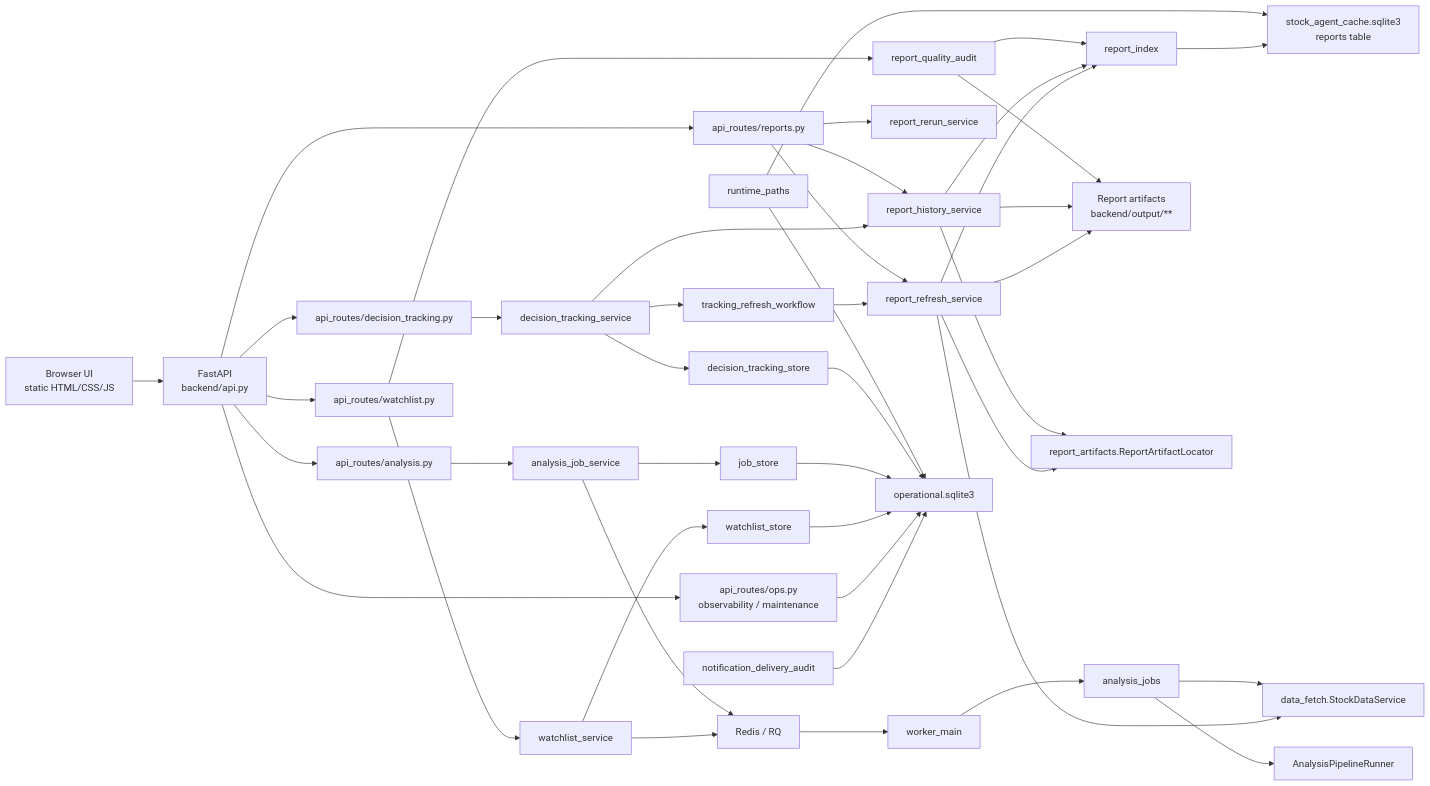
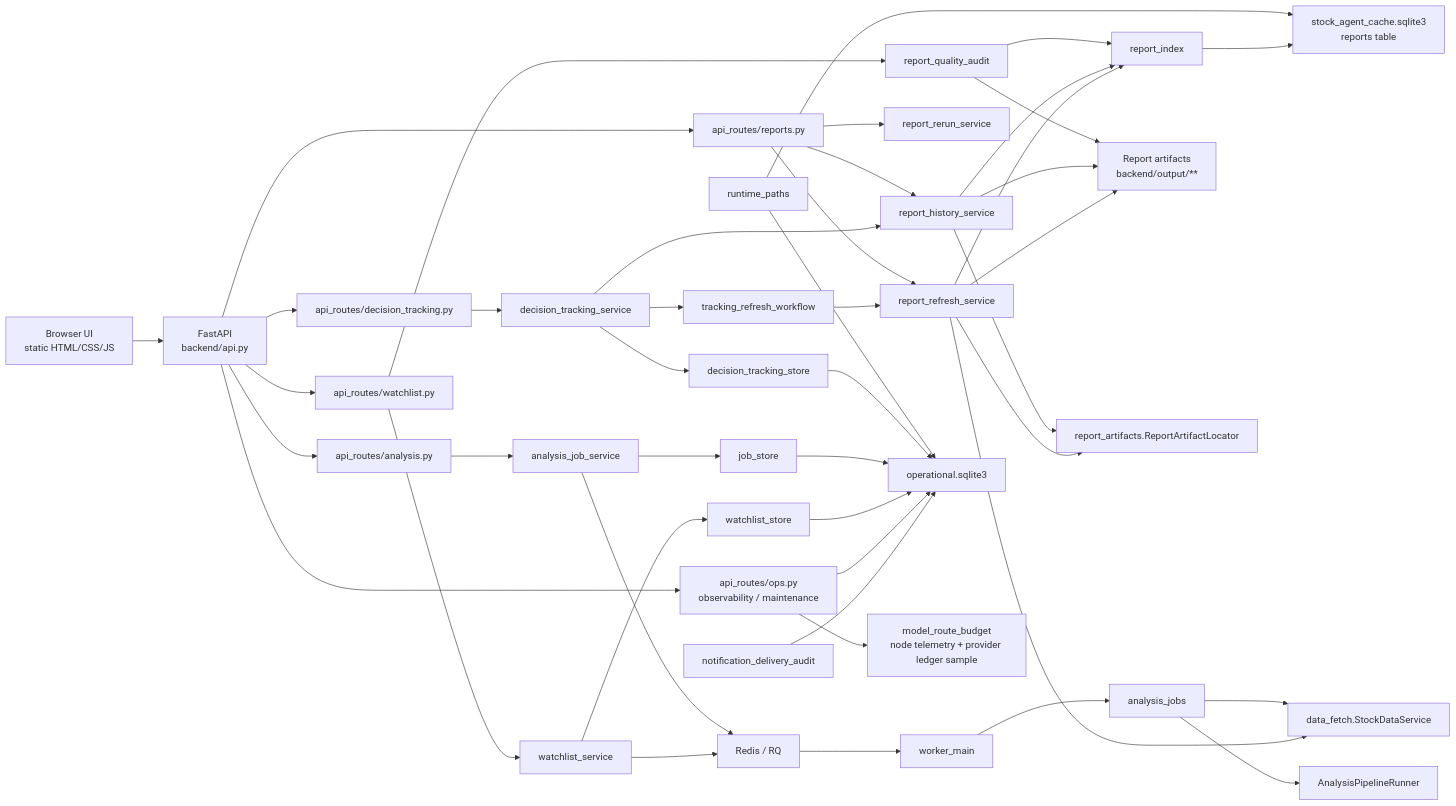
Before and after one commit to aibalbo999/unstuck: the second of 4 diagrams in docs/system-architecture-map.md, drawn with Mermaid. The commit also changed other lines of this file and 11 other files, not shown here.

Commit message:
Surface provider errors in route observability

````diff
--- a/docs/system-architecture-map.md
+++ b/docs/system-architecture-map.md
@@ -56,51 +56,52 @@
 ```mermaid
 flowchart LR
     UI["Browser UI<br/>static HTML/CSS/JS"] --> API["FastAPI<br/>backend/api.py"]
     API --> ReportsRoute["api_routes/reports.py"]
     API --> TrackingRoute["api_routes/decision_tracking.py"]
     API --> AnalysisRoute["api_routes/analysis.py"]
     API --> WatchlistRoute["api_routes/watchlist.py"]
     API --> OpsRoute["api_routes/ops.py<br/>observability / maintenance"]
 
     ReportsRoute --> ReportHistory["report_history_service"]
     ReportsRoute --> ReportRefresh["report_refresh_service"]
     ReportsRoute --> ReportRerun["report_rerun_service"]
 
     TrackingRoute --> TrackingService["decision_tracking_service"]
     TrackingService --> TrackingWorkflow["tracking_refresh_workflow"]
     TrackingService --> TrackingStore["decision_tracking_store"]
     TrackingService --> ReportHistory
     TrackingWorkflow --> ReportRefresh
 
     AnalysisRoute --> AnalysisJobSvc["analysis_job_service"]
     AnalysisJobSvc --> JobStore["job_store"]
     AnalysisJobSvc --> Queue["Redis / RQ"]
     Queue --> Worker["worker_main"]
     Worker --> AnalysisJobs["analysis_jobs"]
     AnalysisJobs --> DataFetch["data_fetch.StockDataService"]
     AnalysisJobs --> Runner["AnalysisPipelineRunner"]
 
     WatchlistRoute --> WatchlistSvc["watchlist_service"]
     WatchlistSvc --> WatchlistStore["watchlist_store"]
     WatchlistSvc --> Queue
     WatchlistRoute --> QualityAudit["report_quality_audit"]
     QualityAudit --> ReportIndex
     QualityAudit --> Artifacts
 
     ReportHistory --> ArtifactLocator["report_artifacts.ReportArtifactLocator"]
     ReportHistory --> ReportIndex["report_index"]
     ReportHistory --> Artifacts["Report artifacts<br/>backend/output/**"]
     ReportRefresh --> ArtifactLocator
     ReportRefresh --> DataFetch
     ReportRefresh --> ReportIndex
     ReportRefresh --> Artifacts
 
     RuntimePaths["runtime_paths"] --> CacheDB
     RuntimePaths --> OpDB
     ReportIndex --> CacheDB["stock_agent_cache.sqlite3<br/>reports table"]
     TrackingStore --> OpDB["operational.sqlite3"]
     JobStore --> OpDB
     WatchlistStore --> OpDB
     OpsRoute --> OpDB
+    OpsRoute --> RouteBudget["model_route_budget<br/>node telemetry + provider ledger sample"]
     NotificationAudit["notification_delivery_audit"] --> OpDB
 ```
````
